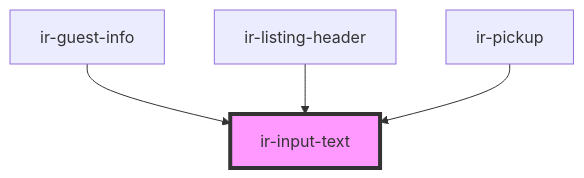
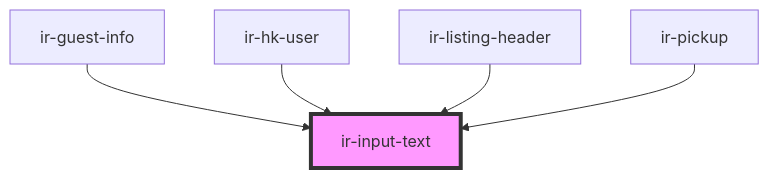
One commit to RonyRizk/ir-webcmp changed the diagram in src/components/ir-input-text/readme.md. Above: the diagram before and after it, drawn with Mermaid. The commit also changed other lines of this file and 102 other files, not shown here.

````diff
--- a/src/components/ir-input-text/readme.md
+++ b/src/components/ir-input-text/readme.md
@@ -51,7 +53,8 @@
 ```mermaid
 graph TD;
   ir-guest-info --> ir-input-text
+  ir-hk-user --> ir-input-text
   ir-listing-header --> ir-input-text
   ir-pickup --> ir-input-text
   style ir-input-text fill:#f9f,stroke:#333,stroke-width:4px
 ```
````
